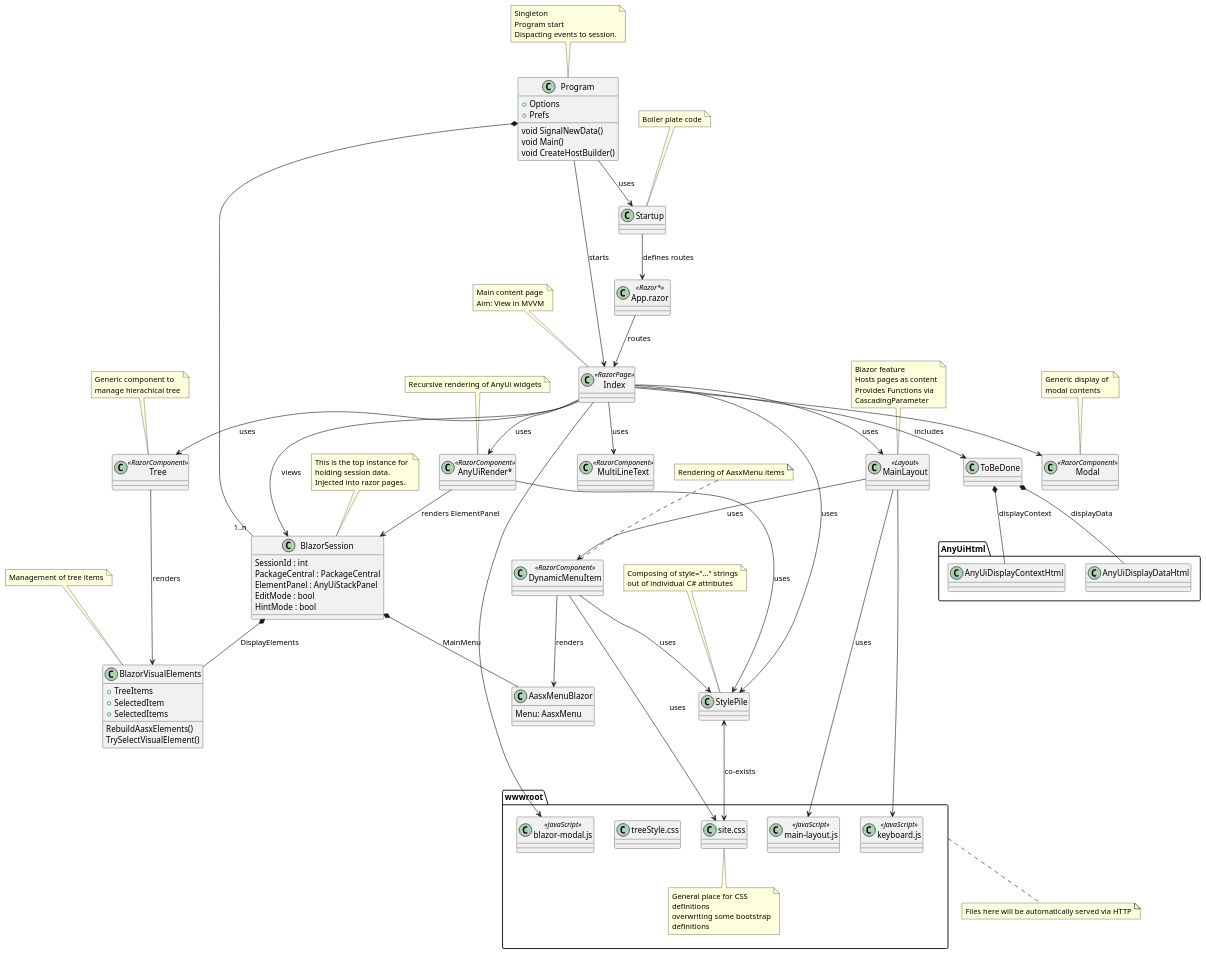
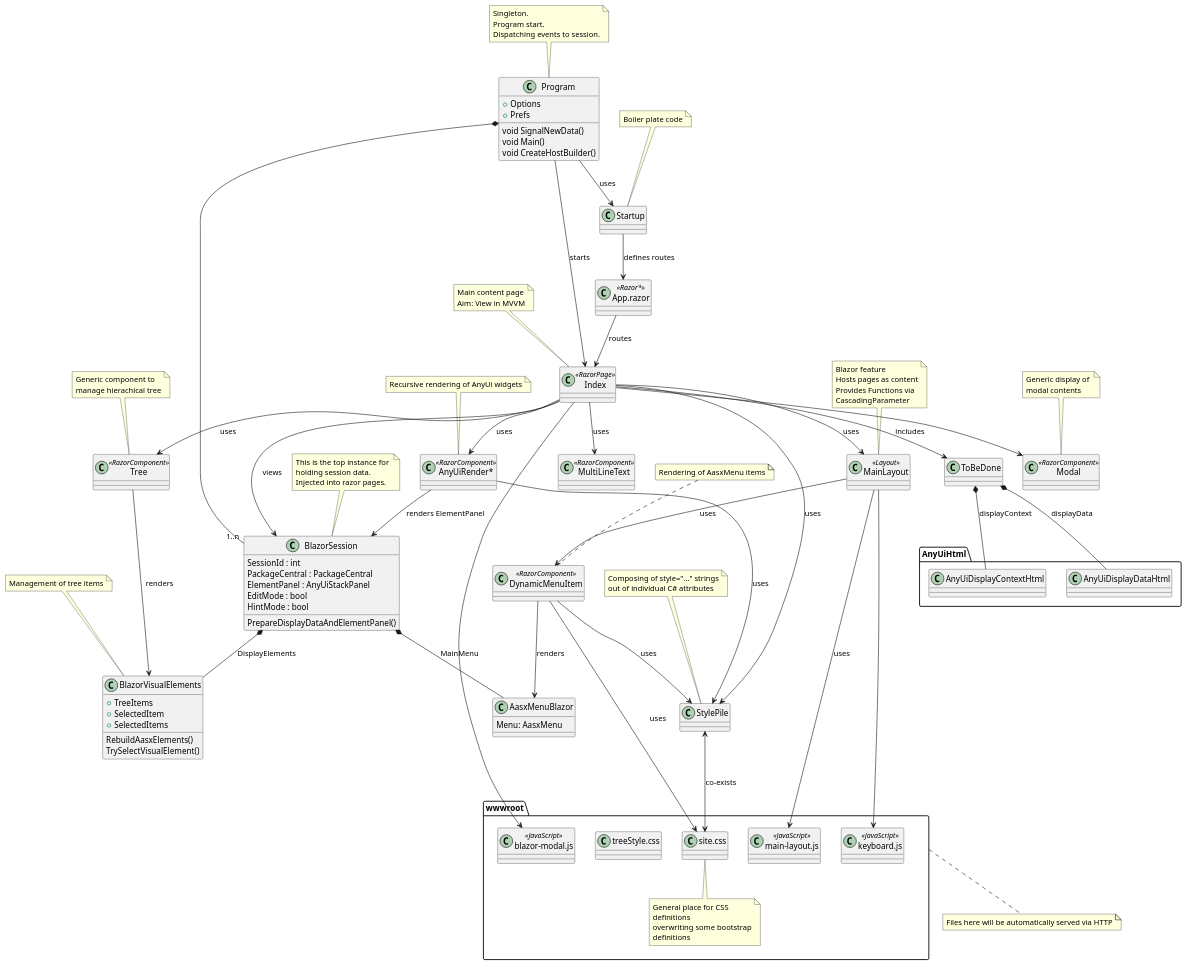
The diagram in src/BlazorExplorer/UML/TopLevel.puml (admin-shell-io/aasx-package-explorer), drawn with PlantUML before and after one commit. The commit also changed 13 other files, not shown here.

```diff
--- a/src/BlazorExplorer/UML/TopLevel.puml
+++ b/src/BlazorExplorer/UML/TopLevel.puml
@@ -1,173 +1,174 @@
 @startuml
 
 class Program
 {
   + Options
   + Prefs
   void SignalNewData()
   void Main()
   void CreateHostBuilder()
 }
 note top
-  Singleton
-  Program start
-  Dispacting events to session.
+  Singleton.
+  Program start.
+  Dispatching events to session.
 end note
 
 class Startup
 note top
   Boiler plate code
 end note
 
 class "App.razor" as AppRazor <<Razor*>>
 
 class BlazorSession
 {
   SessionId : int
   PackageCentral : PackageCentral
   ElementPanel : AnyUiStackPanel
   EditMode : bool
   HintMode : bool
+  PrepareDisplayDataAndElementPanel()
 }
 note top
   This is the top instance for 
   holding session data.
   Injected into razor pages.
 end note
 
 class BlazorVisualElements
 {
   + TreeItems
   + SelectedItem
   + SelectedItems
   RebuildAasxElements()
   TrySelectVisualElement()
 }
 note top
   Management of tree items
 end note
 
 class Index <<RazorPage>>
 note top
   Main content page
   Aim: View in MVVM
 end note
 
 package AnyUiHtml
 {
   class AnyUiDisplayDataHtml
   class AnyUiDisplayContextHtml
 }
 
 class MainLayout <<Layout>>
 note top
   Blazor feature
   Hosts pages as content
   Provides Functions via 
   CascadingParameter
 end note
 
 class Tree <<RazorComponent>>
 note top
   Generic component to 
   manage hierachical tree
 end note
 
 class MultiLineText <<RazorComponent>>
 
 class Modal <<RazorComponent>>
 note top
   Generic display of 
   modal contents
 end note
 
 class DynamicMenuItem <<RazorComponent>>
 note top
   Rendering of AasxMenu items
 end note
 
 class "AnyUiRender*" as AnyUiRenderStar <<RazorComponent>>
 note top
   Recursive rendering of AnyUi widgets
 end note
 
 class StylePile
 note top
   Composing of style="..." strings
   out of individual C# attributes
 end note
 
 class AasxMenuBlazor
 {
   Menu: AasxMenu
 }
 
 Package wwwroot
 {
   class "main-layout.js" as MainLayoutJs <<JavaScript>>
   
   class "blazor-modal.js" as BlazorModalJs <<JavaScript>>
   
   class "keyboard.js" as KeyboardJs <<JavaScript>>
 
   class "treeStyle.css" as TreeStyleCss
 
   class "site.css" as SiteCss
   note bottom
     General place for CSS 
     definitions
     overwriting some bootstrap
     definitions  
   end note
 
 }
 note bottom of wwwroot
   Files here will be automatically served via HTTP
 end note
 
 Program *-- "1..n" BlazorSession
 
 BlazorSession *-- BlazorVisualElements : DisplayElements
 BlazorSession *-- AasxMenuBlazor : MainMenu
 
 Program --> Index : starts
 
 Program --> Startup : uses
 Startup --> AppRazor : defines routes
 
 AppRazor --> Index : routes
 
 Index --> BlazorSession : views
 Index --> MainLayout : uses
 Index --> Tree : uses
 Index --> MultiLineText : uses
 Index --> AnyUiRenderStar : uses
 
 AnyUiRenderStar --> BlazorSession : renders ElementPanel
 
 
 Tree --> BlazorVisualElements : renders
 
 class ToBeDone
 ToBeDone *-- AnyUiDisplayContextHtml : displayContext
 ToBeDone *-- AnyUiDisplayDataHtml: displayData
 
 Index --> ToBeDone : includes
 
 AnyUiRenderStar --> StylePile : uses
 Index --> StylePile : uses
 DynamicMenuItem--> StylePile : uses
 DynamicMenuItem--> SiteCss : uses
 DynamicMenuItem --> AasxMenuBlazor : renders
 
 MainLayout --> MainLayoutJs : uses
 MainLayout --> DynamicMenuItem : uses
 
 Index --> Modal
 Index --> BlazorModalJs
 
 MainLayout --> KeyboardJs
 
 StylePile <--> SiteCss : co-exists
 
 @enduml
```
